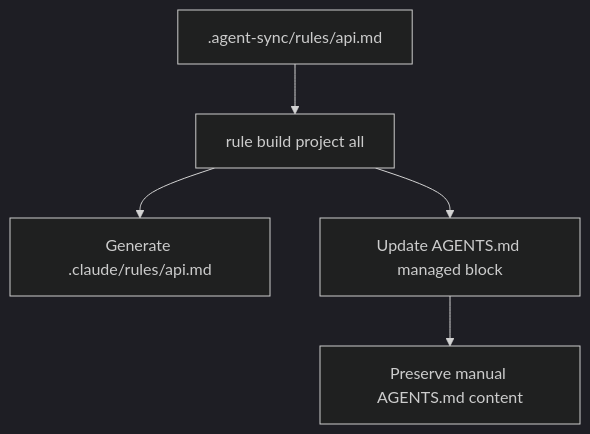
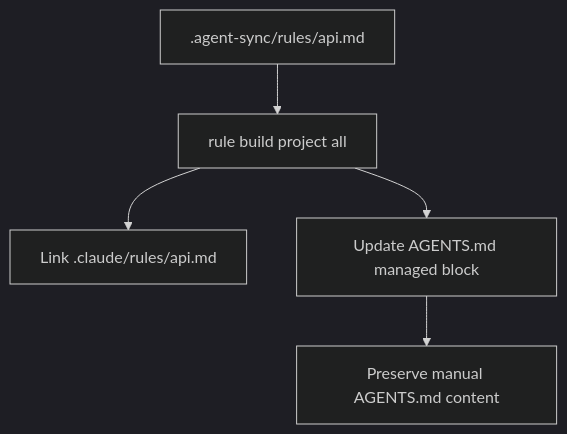
One commit to julien-m/cc-hub changed the first of 4 diagrams in .specs/features/004-portable-agent-sync-rules/spec.md. Above: the diagram before and after it, drawn with Mermaid (dark theme). The commit also changed other lines of this file and 10 other files, not shown here.

First line of the commit message:
fix(rules): symlink claude rule outputs

````diff
--- a/.specs/features/004-portable-agent-sync-rules/spec.md
+++ b/.specs/features/004-portable-agent-sync-rules/spec.md
@@ -47,7 +47,7 @@
 ```mermaid
 flowchart TD
     A[.agent-sync/rules/api.md] --> B[rule build project all]
-    B --> C[Generate .claude/rules/api.md]
+    B --> C[Link .claude/rules/api.md]
     B --> D[Update AGENTS.md managed block]
     D --> E[Preserve manual AGENTS.md content]
 ```
````
